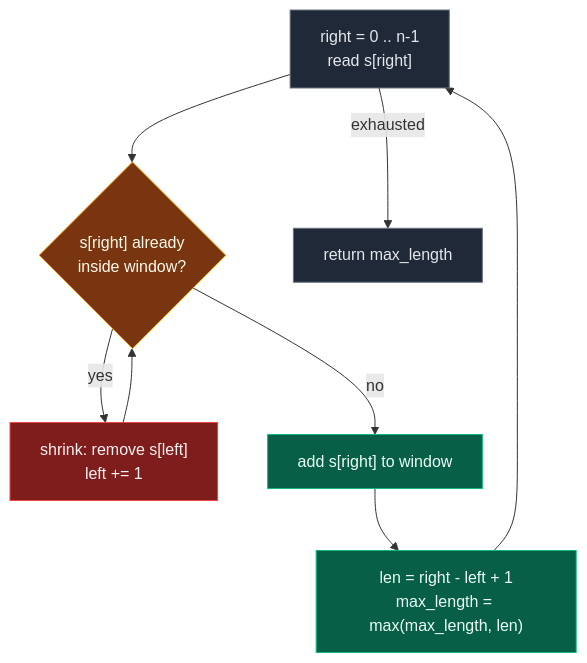
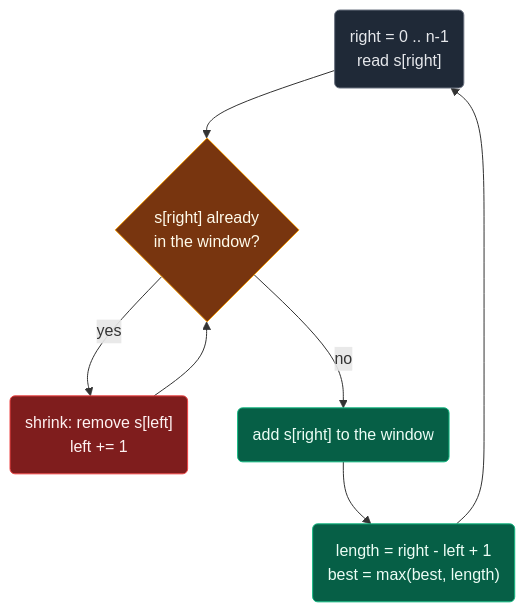
Before and after one commit to ajay-nikumbh/dsa-notes: the third of 6 diagrams in 04. Sliding window/02. Basic/02. 3. Longest Substring Without Repeating Characters.md, drawn with Mermaid. The commit also changed other lines of this file, not shown here.

First line of the commit message:
Sliding Window 03: rewrite 3 Longest Substring Without Repeating Characters

````diff
--- a/04. Sliding window/02. Basic/02. 3. Longest Substring Without Repeating Characters.md
+++ b/04. Sliding window/02. Basic/02. 3. Longest Substring Without Repeating Characters.md
@@ -71,22 +110,17 @@
 ```mermaid
 flowchart TD
-    A["right = 0 .. n-1<br/>read s[right]"]:::edge
-    B{"s[right] already<br/>inside window?"}:::check
-    C["shrink: remove s[left]<br/>left += 1"]:::shrink
-    D["add s[right] to window"]:::calc
-    E["len = right - left + 1<br/>max_length = max(max_length, len)"]:::calc
-    F["return max_length"]:::edge
-
+    A("right = 0 .. n-1<br/>read s[right]"):::edge
+    B{"s[right] already<br/>in the window?"}:::check
+    C("shrink: remove s[left]<br/>left += 1"):::shrink
+    D("add s[right] to the window"):::calc
+    E("length = right - left + 1<br/>best = max(best, length)"):::calc
     A --> B
-    B -- yes --> C
+    B -->|yes| C
     C --> B
-    B -- no --> D
-    D --> E
-    E --> A
-    A -- exhausted --> F
+    B -->|no| D --> E --> A
 
     classDef edge fill:#1f2937,stroke:#6b7280,color:#e5e7eb
     classDef check fill:#78350f,stroke:#f59e0b,color:#fffbeb
     classDef shrink fill:#7f1d1d,stroke:#ef4444,color:#fef2f2
     classDef calc fill:#065f46,stroke:#10b981,color:#ecfdf5
 ```
````
